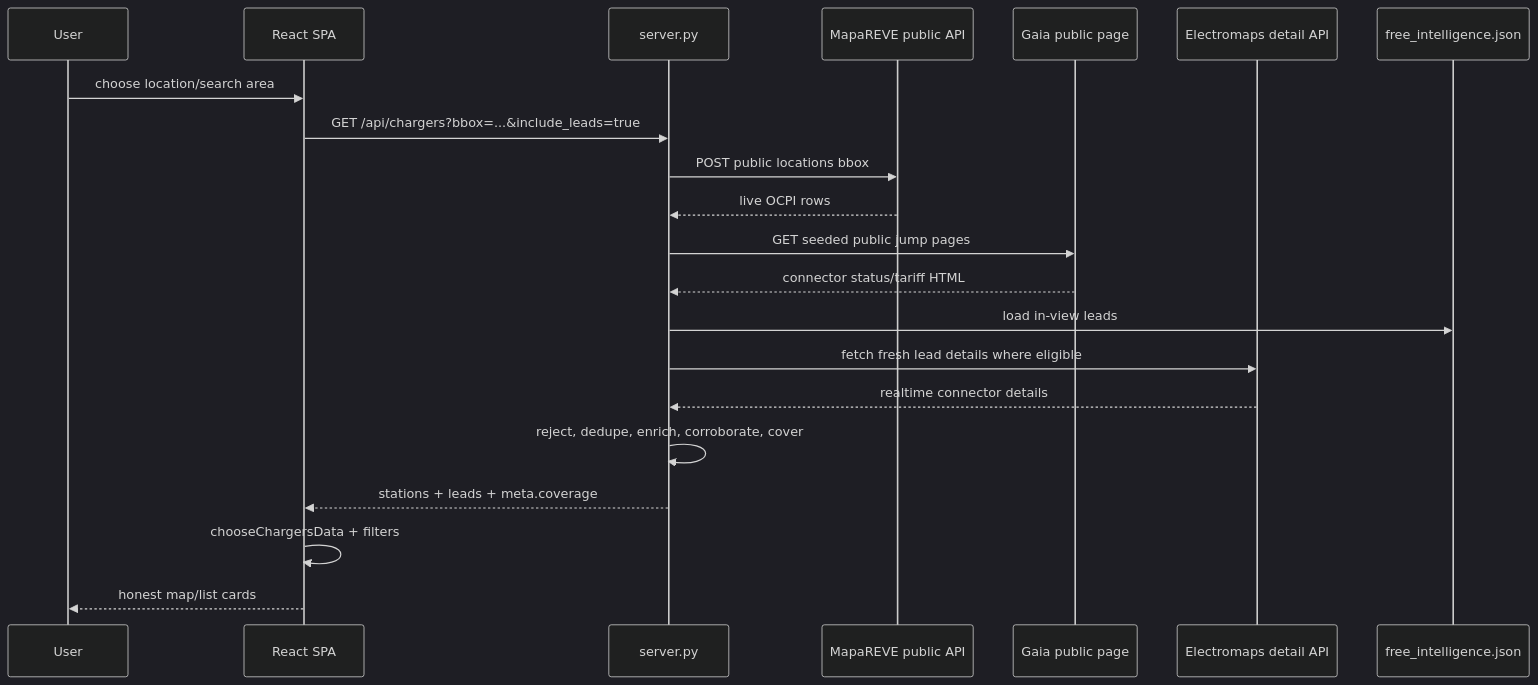
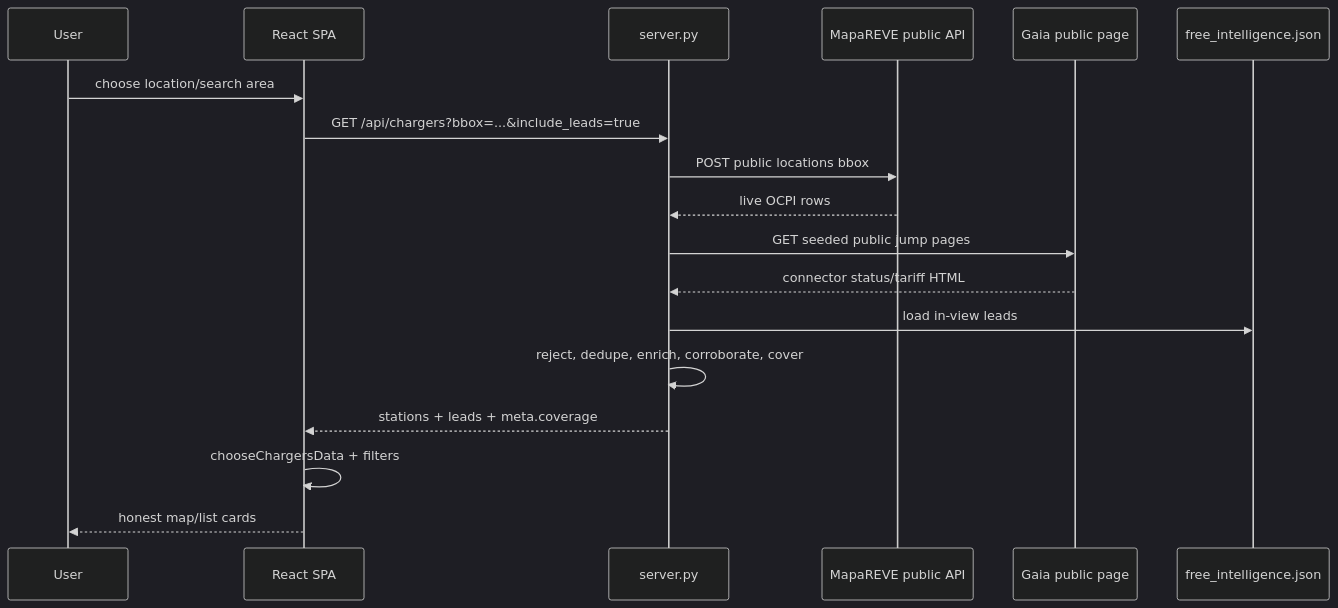
The first of 4 diagrams in docs/wiki/diagrams/sequences.md (arsiktech/voltago), drawn with Mermaid (dark theme) before and after one commit. The commit also changed other lines of this file and 174 other files, not shown here.

````diff
--- a/docs/wiki/diagrams/sequences.md
+++ b/docs/wiki/diagrams/sequences.md
@@ -8,24 +8,21 @@
 ```mermaid
 sequenceDiagram
     participant User
     participant SPA as React SPA
     participant API as server.py
     participant MapaREVE as MapaREVE public API
     participant Gaia as Gaia public page
-    participant EM as Electromaps detail API
     participant Intel as free_intelligence.json
 
     User->>SPA: choose location/search area
     SPA->>API: GET /api/chargers?bbox=...&include_leads=true
     API->>MapaREVE: POST public locations bbox
     MapaREVE-->>API: live OCPI rows
     API->>Gaia: GET seeded public jump pages
     Gaia-->>API: connector status/tariff HTML
     API->>Intel: load in-view leads
-    API->>EM: fetch fresh lead details where eligible
-    EM-->>API: realtime connector details
     API->>API: reject, dedupe, enrich, corroborate, cover
     API-->>SPA: stations + leads + meta.coverage
     SPA->>SPA: chooseChargersData + filters
     SPA-->>User: honest map/list cards
 ```
````
